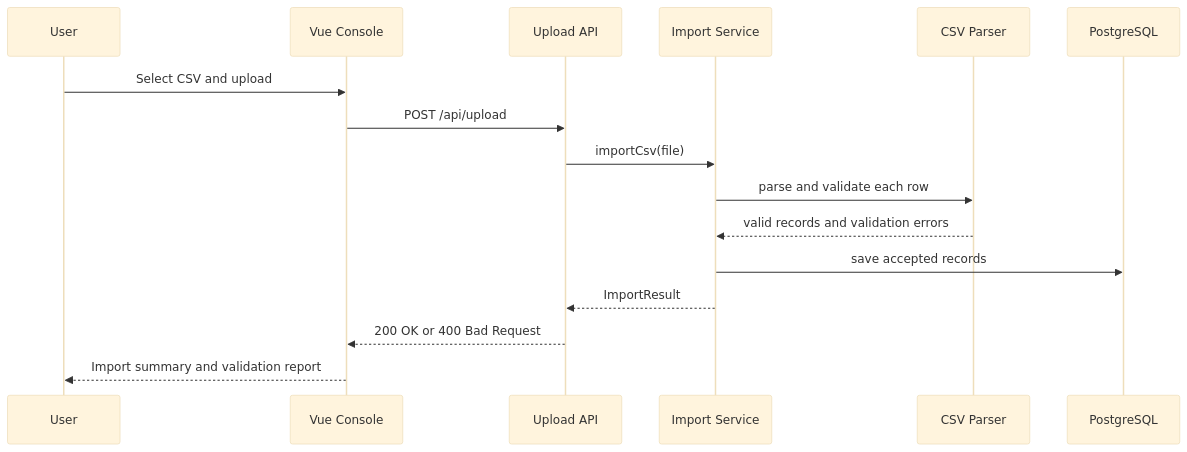
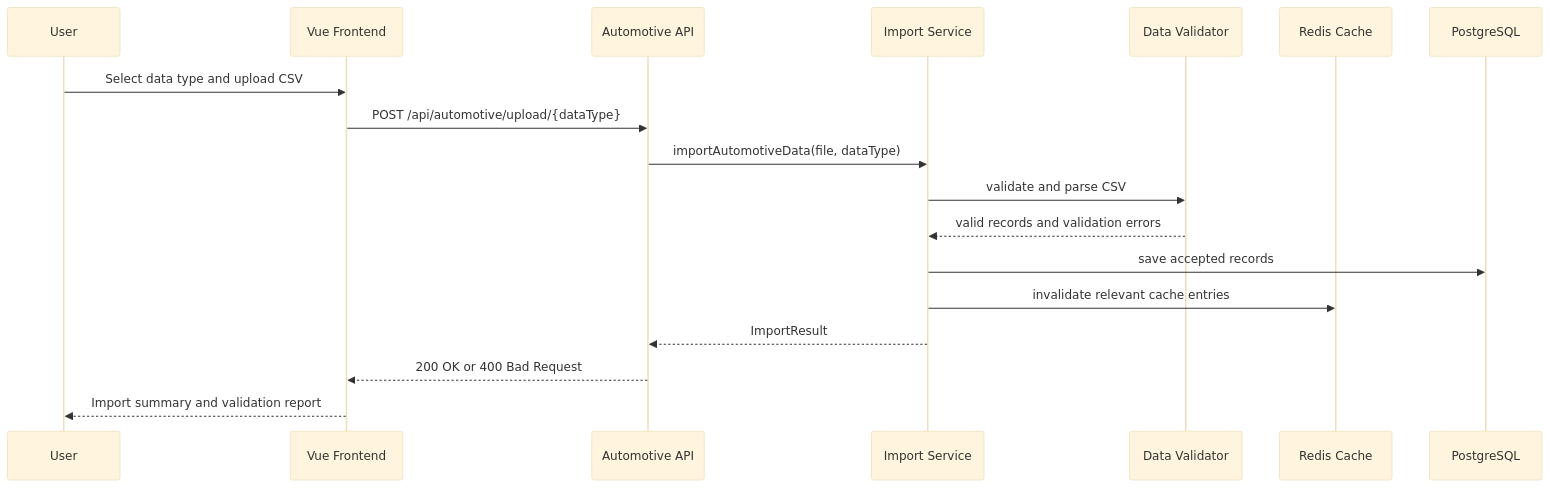
The third of 3 diagrams in README.md (richardwaters9049/Data-Platform), drawn with Mermaid (base theme) before and after one commit. The commit also changed other lines of this file and 1 other file, not shown here.

First line of the commit message:
docs: update README to reflect current automotive data platform capabilities

````diff
--- a/README.md
+++ b/README.md
@@ -152,19 +144,21 @@
 ```mermaid
 sequenceDiagram
     participant User
-    participant UI as Vue Console
-    participant API as Upload API
+    participant UI as Vue Frontend
+    participant API as Automotive API
     participant Service as Import Service
-    participant Parser as CSV Parser
+    participant Validator as Data Validator
+    participant Cache as Redis Cache
     participant DB as PostgreSQL
 
-    User->>UI: Select CSV and upload
-    UI->>API: POST /api/upload
-    API->>Service: importCsv(file)
-    Service->>Parser: parse and validate each row
-    Parser-->>Service: valid records and validation errors
+    User->>UI: Select data type and upload CSV
+    UI->>API: POST /api/automotive/upload/{dataType}
+    API->>Service: importAutomotiveData(file, dataType)
+    Service->>Validator: validate and parse CSV
+    Validator-->>Service: valid records and validation errors
     Service->>DB: save accepted records
+    Service->>Cache: invalidate relevant cache entries
     Service-->>API: ImportResult
     API-->>UI: 200 OK or 400 Bad Request
     UI-->>User: Import summary and validation report
 ```
````
